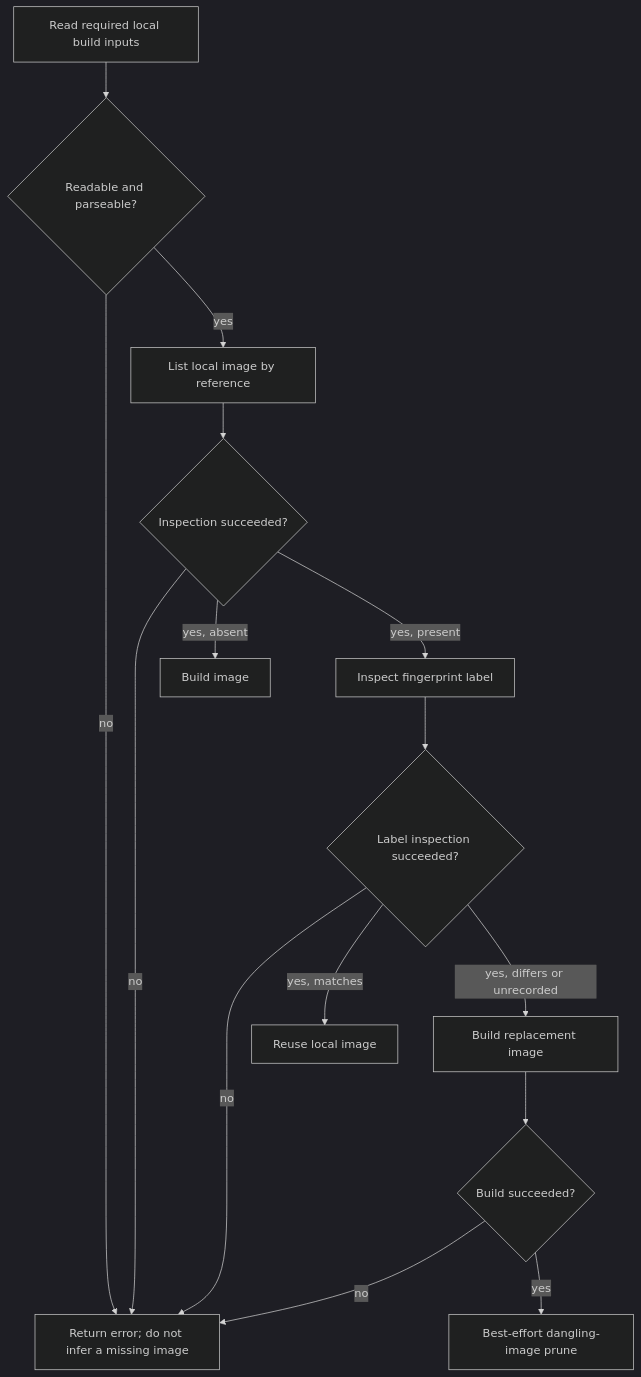
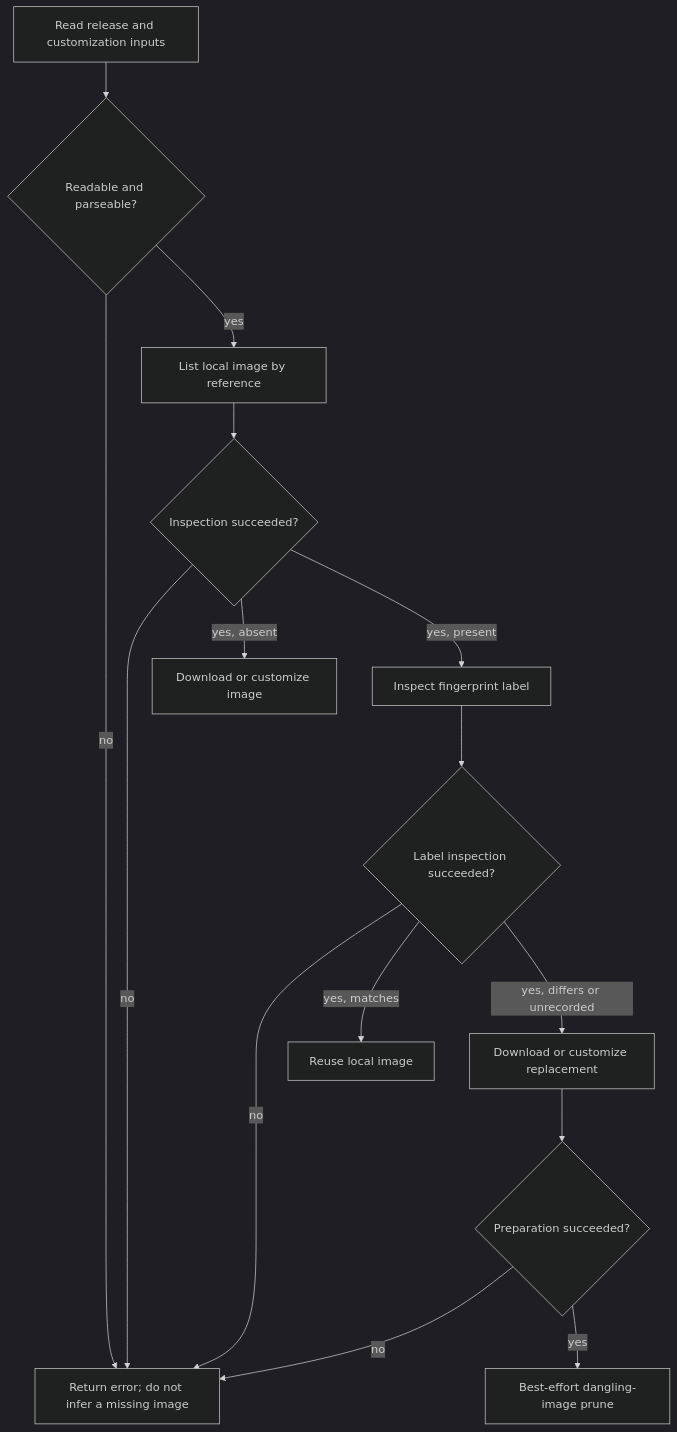
One commit to ohcnetwork/care_clinic changed the third of 6 diagrams in docs/clinic-lifecycle.md. Above: the diagram before and after it, drawn with Mermaid (dark theme). The commit also changed other lines of this file and 74 other files, not shown here.

````diff
--- a/docs/clinic-lifecycle.md
+++ b/docs/clinic-lifecycle.md
@@ -357,17 +360,17 @@
 ```mermaid
 flowchart TD
-    Inputs["Read required local build inputs"] --> Valid{"Readable and parseable?"}
+    Inputs["Read release and customization inputs"] --> Valid{"Readable and parseable?"}
     Valid -->|no| Error["Return error; do not infer a missing image"]
     Valid -->|yes| List["List local image by reference"]
     List --> Listed{"Inspection succeeded?"}
     Listed -->|no| Error
-    Listed -->|yes, absent| Build["Build image"]
+    Listed -->|yes, absent| Build["Download or customize image"]
     Listed -->|yes, present| Inspect["Inspect fingerprint label"]
     Inspect --> Key{"Label inspection succeeded?"}
     Key -->|no| Error
     Key -->|yes, matches| Reuse["Reuse local image"]
-    Key -->|yes, differs or unrecorded| Rebuild["Build replacement image"]
-    Rebuild --> Success{"Build succeeded?"}
+    Key -->|yes, differs or unrecorded| Rebuild["Download or customize replacement"]
+    Rebuild --> Success{"Preparation succeeded?"}
     Success -->|no| Error
     Success -->|yes| Prune["Best-effort dangling-image prune"]
 ```
````
